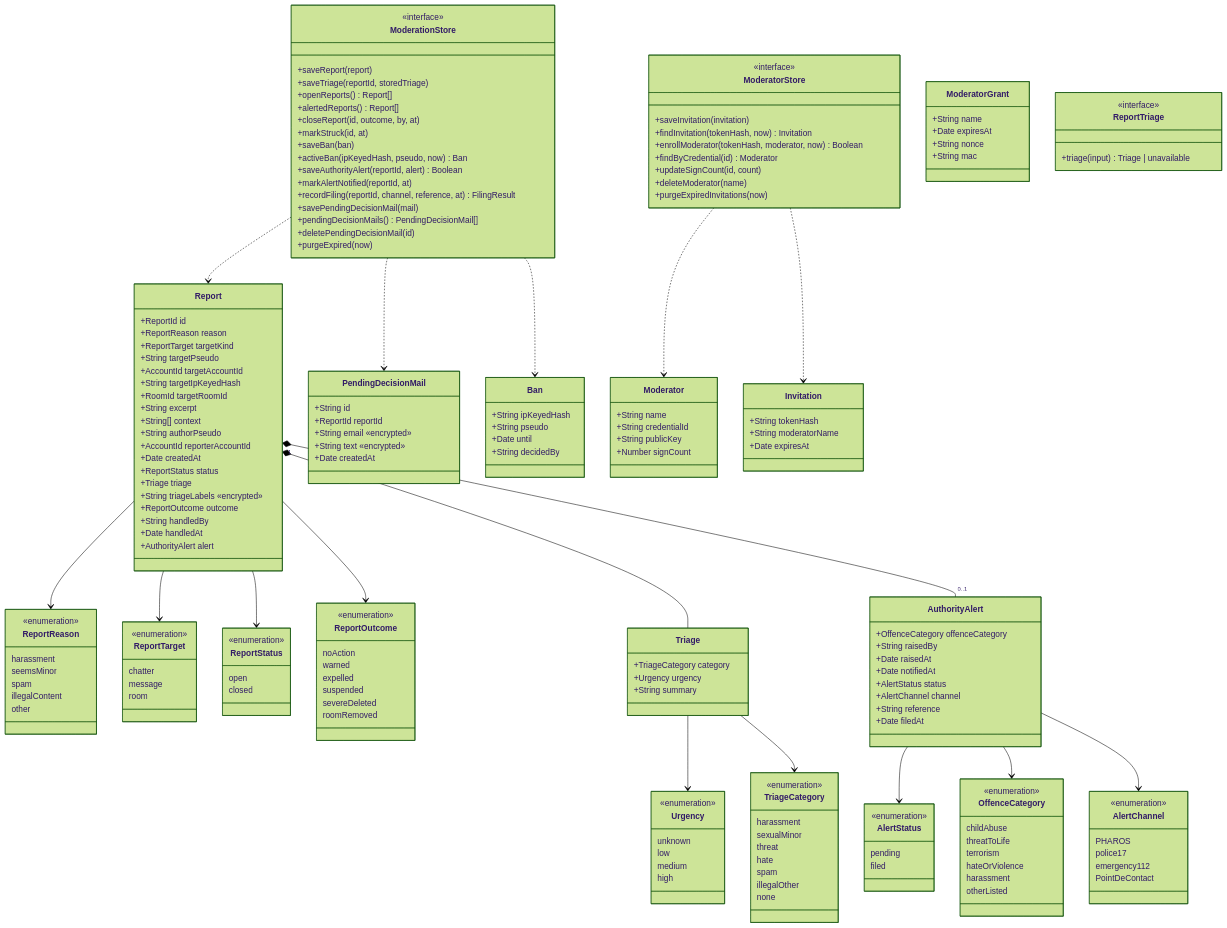
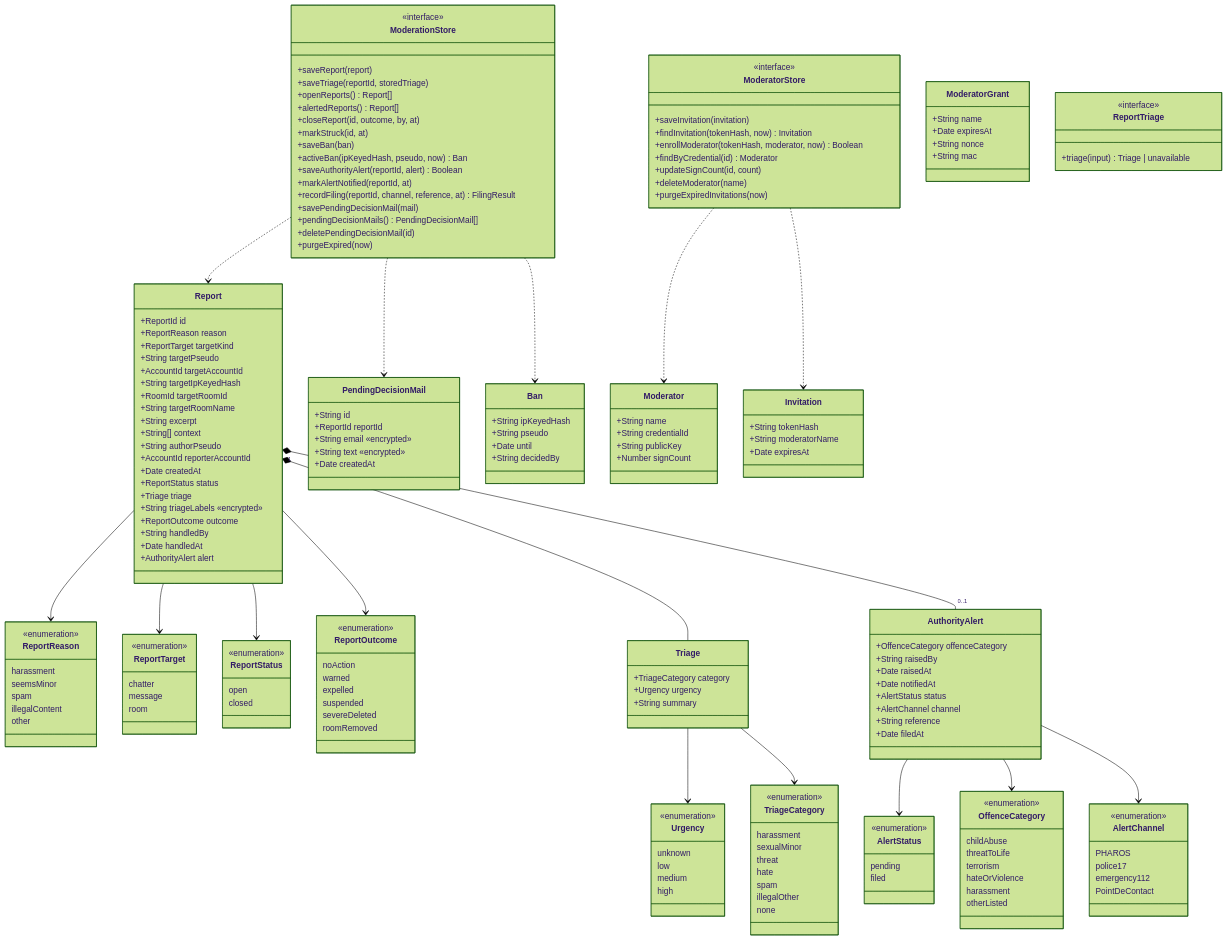
Before and after one commit to benoit-bremaud/asv: the diagram in docs/architecture/diagrams/moderation/04-class.md, drawn with Mermaid (forest theme). The commit also changed 27 other files, not shown here.

```diff
--- a/docs/architecture/diagrams/moderation/04-class.md
+++ b/docs/architecture/diagrams/moderation/04-class.md
@@ -21,6 +21,7 @@
     +AccountId targetAccountId
     +String targetIpKeyedHash
     +RoomId targetRoomId
+    +String targetRoomName
     +String excerpt
     +String[] context
     +String authorPseudo
```
